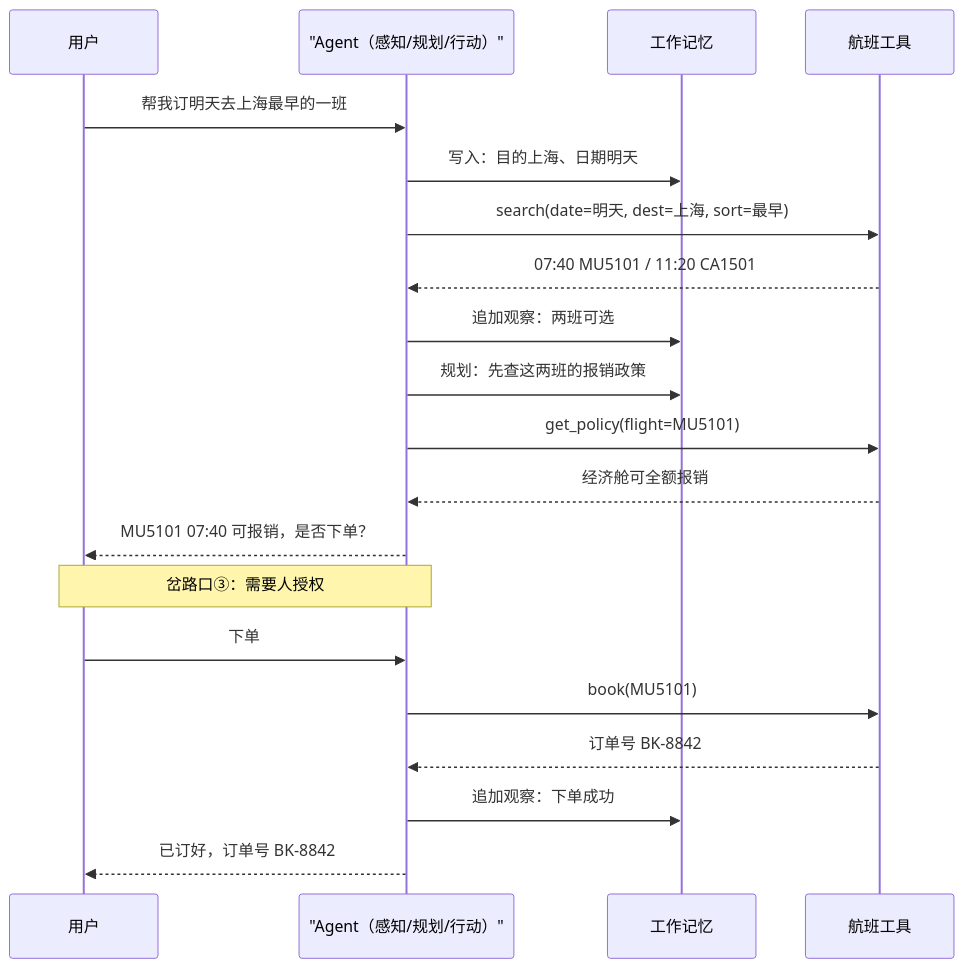
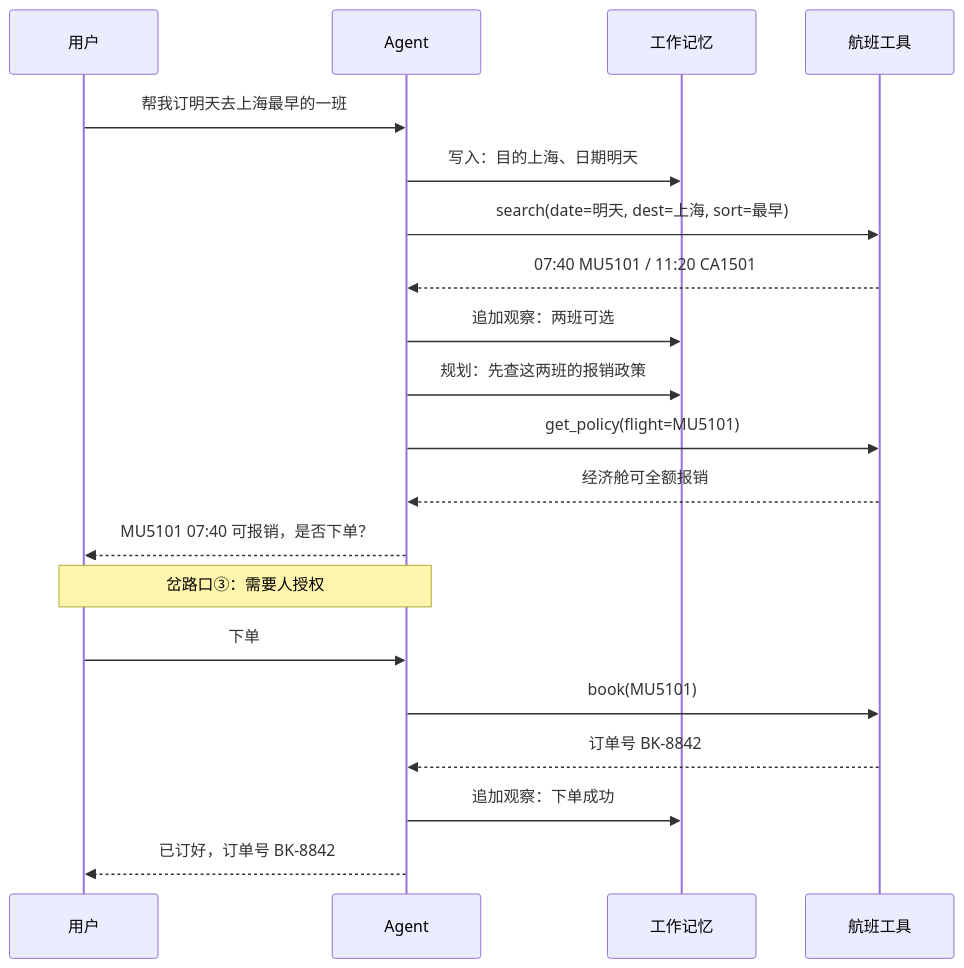
The third of 3 diagrams in part-3-agent原理/ch11-agent认知架构.md (Laughingtt/agentkit), drawn with Mermaid before and after one commit. The commit also changed other lines of this file and 3 other files, not shown here.

First line of the commit message:
Ch11：把「行动」的三件套从括号里搬出来，修一处虚指的引用和两张错位的图

````diff
--- a/part-3-agent原理/ch11-agent认知架构.md
+++ b/part-3-agent原理/ch11-agent认知架构.md
@@ -345,23 +347,23 @@
 ```mermaid
 sequenceDiagram
     participant U as 用户
-    participant A as "Agent（感知/规划/行动）"
+    participant A as Agent
     participant M as 工作记忆
     participant T as 航班工具
 
     U->>A: 帮我订明天去上海最早的一班
     A->>M: 写入：目的上海、日期明天
     A->>T: search(date=明天, dest=上海, sort=最早)
     T-->>A: 07:40 MU5101 / 11:20 CA1501
     A->>M: 追加观察：两班可选
     A->>M: 规划：先查这两班的报销政策
     A->>T: get_policy(flight=MU5101)
     T-->>A: 经济舱可全额报销
     A-->>U: MU5101 07:40 可报销，是否下单？
     Note over U,A: 岔路口③：需要人授权
     U->>A: 下单
     A->>T: book(MU5101)
     T-->>A: 订单号 BK-8842
     A->>M: 追加观察：下单成功
     A-->>U: 已订好，订单号 BK-8842
 ```
````
